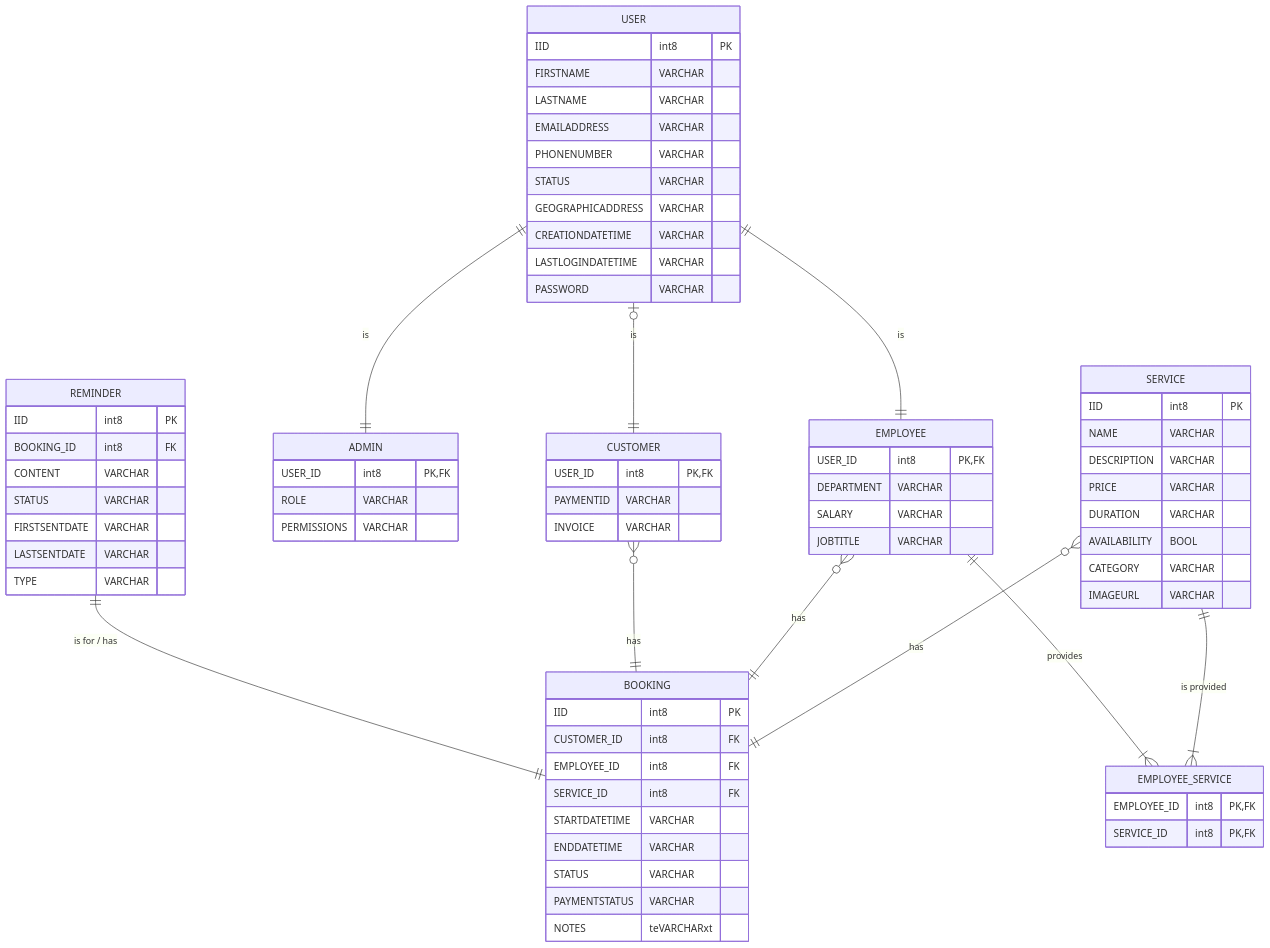
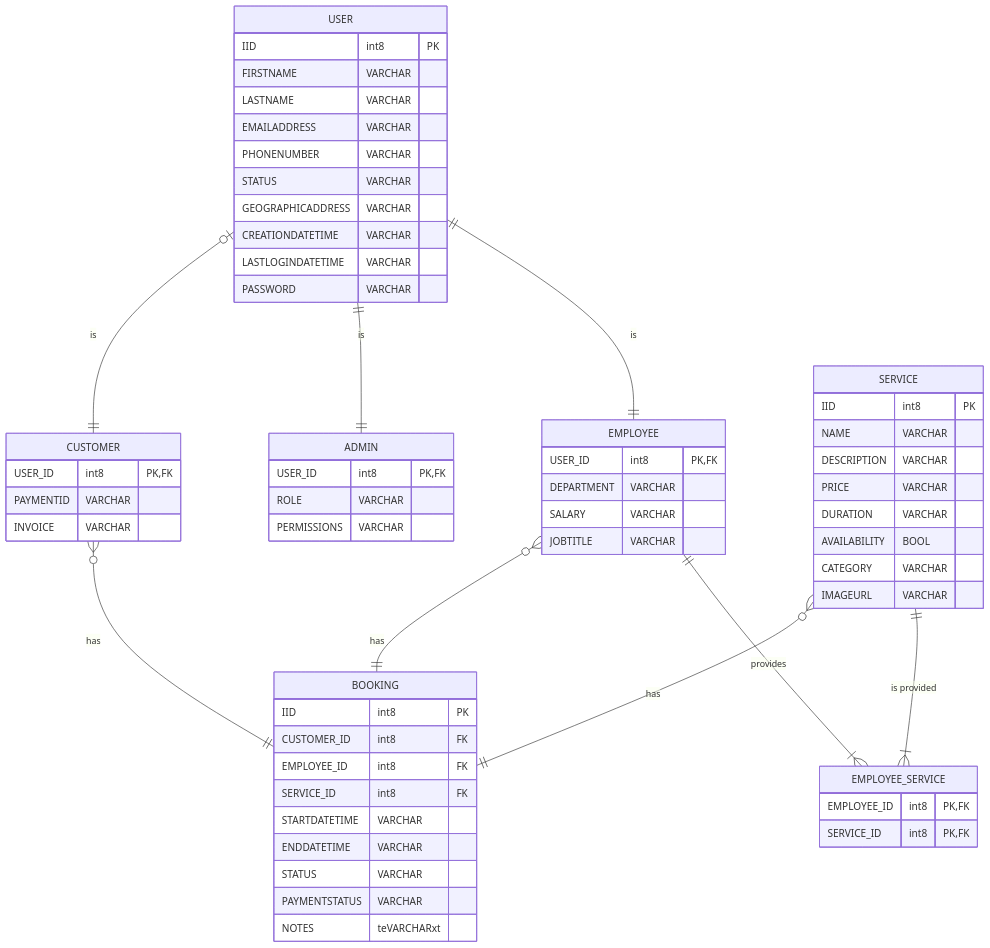
The diagram in README.md (cern7/notifyMe), drawn with Mermaid before and after one commit.

Commit message:
Update db schema in Read.me

````diff
--- a/README.md
+++ b/README.md
@@ -4,76 +4,66 @@
 ```mermaid
 erDiagram
 USER |o--|| CUSTOMER : is
 USER ||--|| ADMIN : is
 USER ||--|| EMPLOYEE : is
 SERVICE }o--|| BOOKING : has
 EMPLOYEE }o--|| BOOKING : has
 CUSTOMER }o--|| BOOKING : has
-REMINDER ||--|| BOOKING : "is for / has"
 SERVICE ||--|{ EMPLOYEE_SERVICE : "is provided"
 EMPLOYEE ||--|{ EMPLOYEE_SERVICE : provides
 
 USER {
     IID int8 PK
     FIRSTNAME VARCHAR 
 	  LASTNAME VARCHAR
     EMAILADDRESS VARCHAR
 	  PHONENUMBER VARCHAR
 	  STATUS VARCHAR
 	  GEOGRAPHICADDRESS VARCHAR
 	  CREATIONDATETIME VARCHAR
 	  LASTLOGINDATETIME VARCHAR
 	  PASSWORD VARCHAR
   }
   CUSTOMER {
     USER_ID int8 PK,FK
     PAYMENTID VARCHAR
     INVOICE VARCHAR 
   }
   EMPLOYEE {
     USER_ID int8 PK,FK
     DEPARTMENT VARCHAR
     SALARY VARCHAR
     JOBTITLE VARCHAR
   }
   ADMIN {
     USER_ID int8 PK,FK
     ROLE VARCHAR
     PERMISSIONS VARCHAR
   }
   BOOKING {
     IID int8 PK
 	  CUSTOMER_ID int8 FK
 	  EMPLOYEE_ID int8 FK
 	  SERVICE_ID int8 FK
 	  STARTDATETIME VARCHAR 
 	  ENDDATETIME VARCHAR 
 	  STATUS VARCHAR
 	  PAYMENTSTATUS VARCHAR 
 	  NOTES teVARCHARxt
   }
   SERVICE {
     IID int8 PK
 	  NAME VARCHAR
 	  DESCRIPTION VARCHAR
 	  PRICE VARCHAR 
 	  DURATION VARCHAR 
 	  AVAILABILITY BOOL
 	  CATEGORY VARCHAR 
 	  IMAGEURL VARCHAR 
 	 }
-  REMINDER {
-  IID int8 PK
-	BOOKING_ID int8 FK
-	CONTENT VARCHAR 
-	STATUS VARCHAR 
-	FIRSTSENTDATE VARCHAR 
-	LASTSENTDATE VARCHAR 
-	TYPE VARCHAR 
-  }
   EMPLOYEE_SERVICE {
     EMPLOYEE_ID int8 PK,FK
 	  SERVICE_ID int8 PK,FK
   }
 
  ```
````
